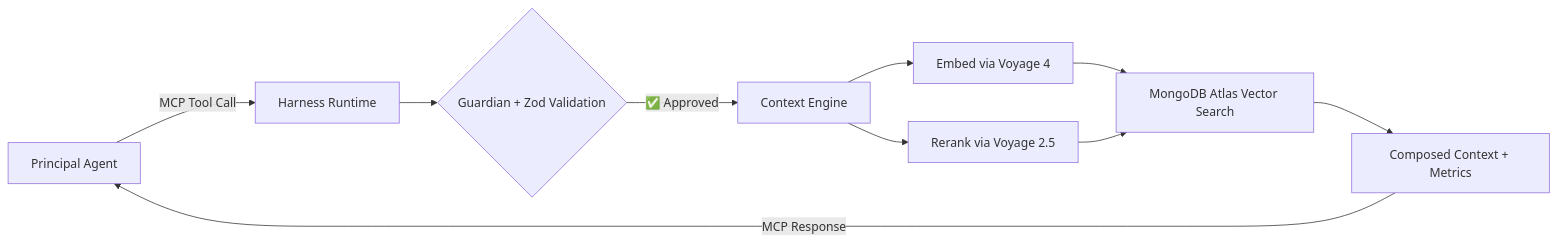
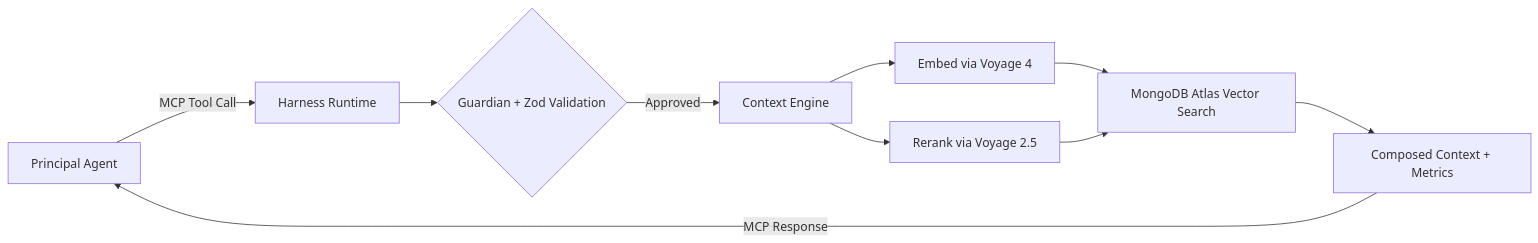
Before and after one commit to MachiTwo/MachiOnCoffee: the diagram in content/docs/vectora/_index.en.md, drawn with Mermaid. The commit also changed other lines of this file and 37 other files, not shown here.

````diff
--- a/content/docs/vectora/_index.en.md
+++ b/content/docs/vectora/_index.en.md
@@ -36,12 +36,12 @@
 ```mermaid
 graph LR
     A[Principal Agent] -->|MCP Tool Call| B[Harness Runtime]
     B --> C{Guardian + Zod Validation}
-    C -->|✅ Approved| D[Context Engine]
+    C -->| Approved| D[Context Engine]
     D --> E[Embed via Voyage 4]
     D --> F[Rerank via Voyage 2.5]
     E --> G[MongoDB Atlas Vector Search]
     F --> G
     G --> H[Composed Context + Metrics]
     H -->|MCP Response| A
 ```
````
